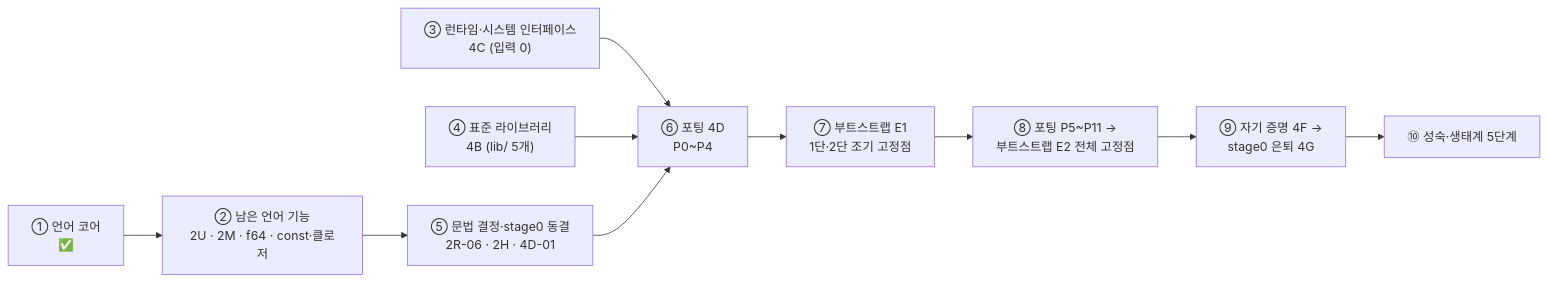
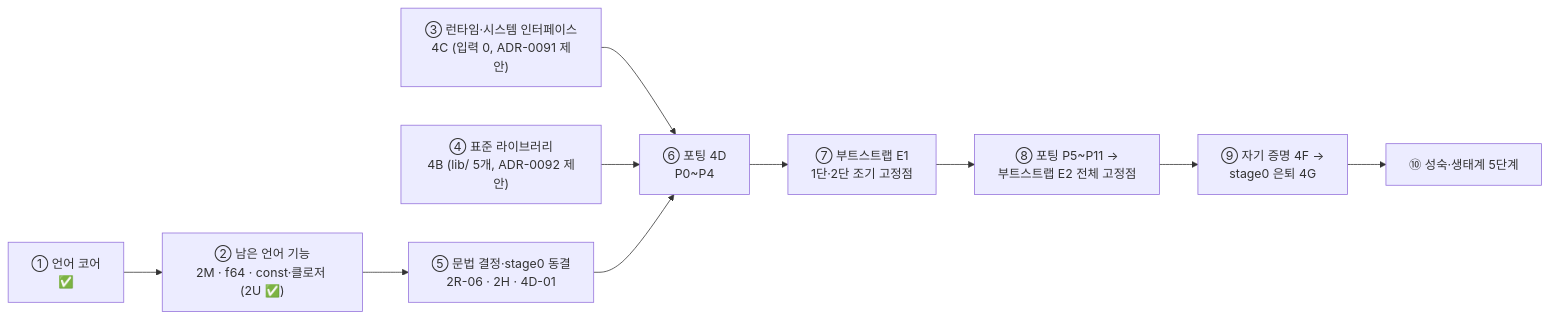
One commit to lang-bmb/lang-bmb changed the second of 3 diagrams in docs/ROADMAP.md. Above: the diagram before and after it, drawn with Mermaid. The commit also changed other lines of this file and 50 other files, not shown here.

````diff
--- a/docs/ROADMAP.md
+++ b/docs/ROADMAP.md
@@ -58,10 +58,10 @@
 ```mermaid
 flowchart LR
-    L1["① 언어 코어<br/>✅"] --> L2["② 남은 언어 기능<br/>2U · 2M · f64 · const·클로저"]
+    L1["① 언어 코어<br/>✅"] --> L2["② 남은 언어 기능<br/>2M · f64 · const·클로저 (2U ✅)"]
     L2 --> L5
-    L3["③ 런타임·시스템 인터페이스<br/>4C (입력 0)"] --> L6
-    L4["④ 표준 라이브러리<br/>4B (lib/ 5개)"] --> L6
+    L3["③ 런타임·시스템 인터페이스<br/>4C (입력 0, ADR-0091 제안)"] --> L6
+    L4["④ 표준 라이브러리<br/>4B (lib/ 5개, ADR-0092 제안)"] --> L6
     L5["⑤ 문법 결정·stage0 동결<br/>2R-06 · 2H · 4D-01"] --> L6["⑥ 포팅 4D<br/>P0~P4"]
     L6 --> L7["⑦ 부트스트랩 E1<br/>1단·2단 조기 고정점"] --> L8["⑧ 포팅 P5~P11 →<br/>부트스트랩 E2 전체 고정점"]
     L8 --> L9["⑨ 자기 증명 4F →<br/>stage0 은퇴 4G"] --> L10["⑩ 성숙·생태계 5단계"]
 ```
````
